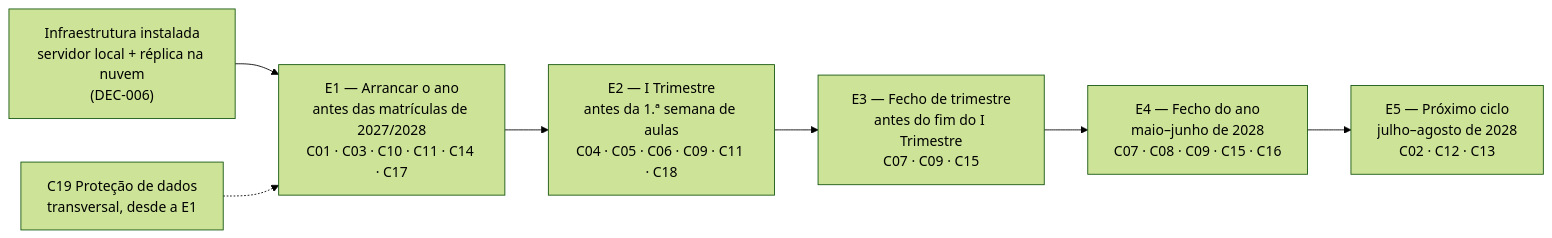
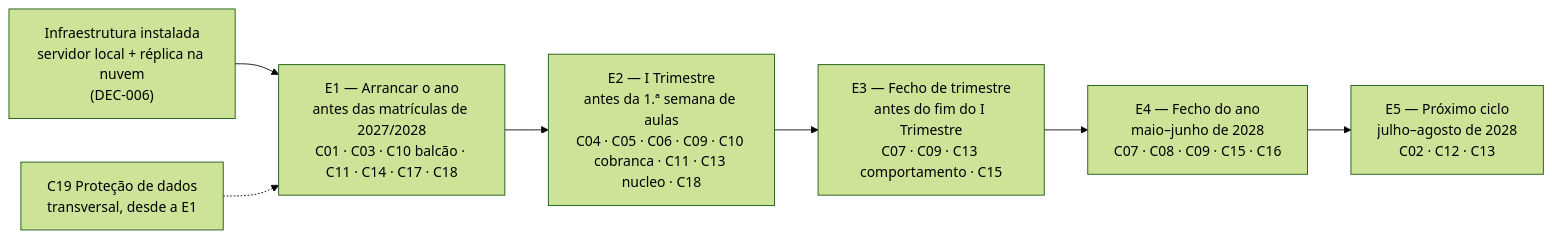
Before and after one commit to Angeloaqp/sge-ipcag-12008: the second of 2 diagrams in 01 - Projetos/SGE - IPCAG 12008 BGO/20 - Qualidade e Operacao/06 - Visao e Ambito.md, drawn with Mermaid (forest theme). The commit also changed other lines of this file and 7 other files, not shown here.

````diff
--- a/01 - Projetos/SGE - IPCAG 12008 BGO/20 - Qualidade e Operacao/06 - Visao e Ambito.md
+++ b/01 - Projetos/SGE - IPCAG 12008 BGO/20 - Qualidade e Operacao/06 - Visao e Ambito.md
@@ -179,10 +179,10 @@
 ```mermaid
 flowchart LR
     INF["Infraestrutura instalada<br>servidor local + réplica na nuvem<br>(DEC-006)"] --> E1
-    E1["E1 — Arrancar o ano<br>antes das matrículas de 2027/2028<br>C01 · C03 · C10 · C11 · C14 · C17"] --> E2
-    E2["E2 — I Trimestre<br>antes da 1.ª semana de aulas<br>C04 · C05 · C06 · C09 · C11 · C18"] --> E3
-    E3["E3 — Fecho de trimestre<br>antes do fim do I Trimestre<br>C07 · C09 · C15"] --> E4
+    E1["E1 — Arrancar o ano<br>antes das matrículas de 2027/2028<br>C01 · C03 · C10 balcão · C11 · C14 · C17 · C18"] --> E2
+    E2["E2 — I Trimestre<br>antes da 1.ª semana de aulas<br>C04 · C05 · C06 · C09 · C10 cobranca · C11 · C13 nucleo · C18"] --> E3
+    E3["E3 — Fecho de trimestre<br>antes do fim do I Trimestre<br>C07 · C09 · C13 comportamento · C15"] --> E4
     E4["E4 — Fecho do ano<br>maio–junho de 2028<br>C07 · C08 · C09 · C15 · C16"] --> E5
     E5["E5 — Próximo ciclo<br>julho–agosto de 2028<br>C02 · C12 · C13"]
     C19["C19 Proteção de dados<br>transversal, desde a E1"] -.-> E1
 ```
````
